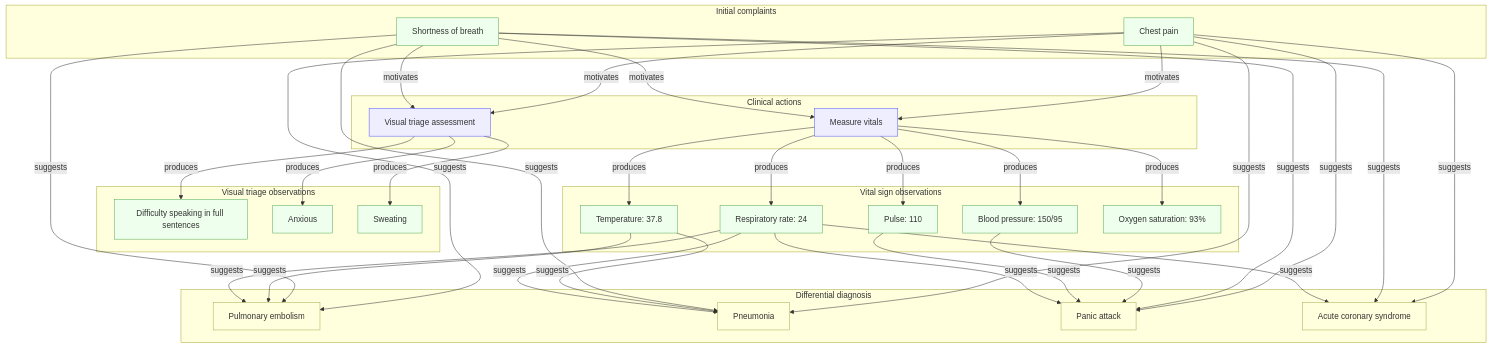
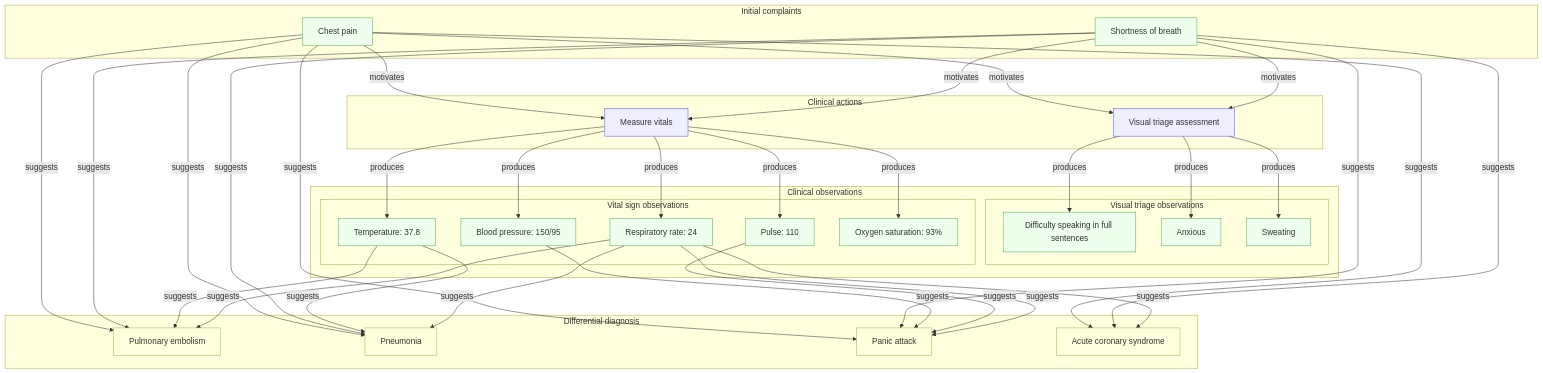
One commit to kahunacohen/why changed the diagram in diagrams/medical.mmd. Above: the diagram before and after it, drawn with Mermaid.

```diff
--- a/diagrams/medical.mmd
+++ b/diagrams/medical.mmd
@@ -1,95 +1,96 @@
 flowchart TD
 
   %% =========================
   %% INITIAL PRESENTATION
   %% =========================
   subgraph initial["Initial complaints"]
     O1["Chest pain"]
     O2["Shortness of breath"]
   end
 
   %% =========================
-  %% ACTIONS
+  %% CLINICAL ACTIONS
   %% =========================
   subgraph actions["Clinical actions"]
     A1["Visual triage assessment"]
     A2["Measure vitals"]
   end
 
-  %% Initial complaints motivate actions
   O1 -->|motivates| A1
   O2 -->|motivates| A1
   O1 -->|motivates| A2
   O2 -->|motivates| A2
 
   %% =========================
-  %% VISUAL TRIAGE OBSERVATIONS
+  %% OBSERVATIONS
   %% =========================
-  subgraph visual["Visual triage observations"]
-    O6["Difficulty speaking in full sentences"]
-    O7["Anxious"]
-    O8["Sweating"]
+  subgraph observations["Clinical observations"]
+
+    subgraph visual["Visual triage observations"]
+      O6["Difficulty speaking in full sentences"]
+      O7["Anxious"]
+      O8["Sweating"]
+    end
+
+    subgraph vitals["Vital sign observations"]
+      O3["Blood pressure: 150/95"]
+      O4["Pulse: 110"]
+      O5["Temperature: 37.8"]
+      O9["Respiratory rate: 24"]
+      O10["Oxygen saturation: 93%"]
+    end
+
   end
 
   A1 -->|produces| O6
   A1 -->|produces| O7
   A1 -->|produces| O8
-
-  %% =========================
-  %% VITAL SIGNS
-  %% =========================
-  subgraph vitals["Vital sign observations"]
-    O3["Blood pressure: 150/95"]
-    O4["Pulse: 110"]
-    O5["Temperature: 37.8"]
-    O9["Respiratory rate: 24"]
-    O10["Oxygen saturation: 93%"]
-  end
 
   A2 -->|produces| O3
   A2 -->|produces| O4
   A2 -->|produces| O5
   A2 -->|produces| O9
   A2 -->|produces| O10
 
   %% =========================
-  %% HYPOTHESES
+  %% DIFFERENTIAL DIAGNOSIS
   %% =========================
   subgraph hypotheses["Differential diagnosis"]
     H1["Pulmonary embolism"]
     H2["Pneumonia"]
     H3["Panic attack"]
     H4["Acute coronary syndrome"]
   end
 
-  %% Observations → hypotheses (unchanged semantics)
+  %% Initial complaints → hypotheses
   O1 -->|suggests| H1
   O1 -->|suggests| H2
   O1 -->|suggests| H3
   O1 -->|suggests| H4
 
   O2 -->|suggests| H1
   O2 -->|suggests| H2
   O2 -->|suggests| H3
   O2 -->|suggests| H4
 
+  %% Vital signs → hypotheses
   O3 -->|suggests| H3
   O4 -->|suggests| H3
   O9 -->|suggests| H3
 
   O5 -->|suggests| H2
   O5 -->|suggests| H1
   O9 -->|suggests| H1
   O9 -->|suggests| H2
   O9 -->|suggests| H4
 
   %% =========================
   %% STYLES
   %% =========================
   classDef obs fill:#efe,stroke:#5a5
   classDef action fill:#eef,stroke:#55f
   classDef hyp fill:#ffd,stroke:#aa5
 
   class O1,O2,O3,O4,O5,O6,O7,O8,O9,O10 obs
   class A1,A2 action
   class H1,H2,H3,H4 hyp
```
